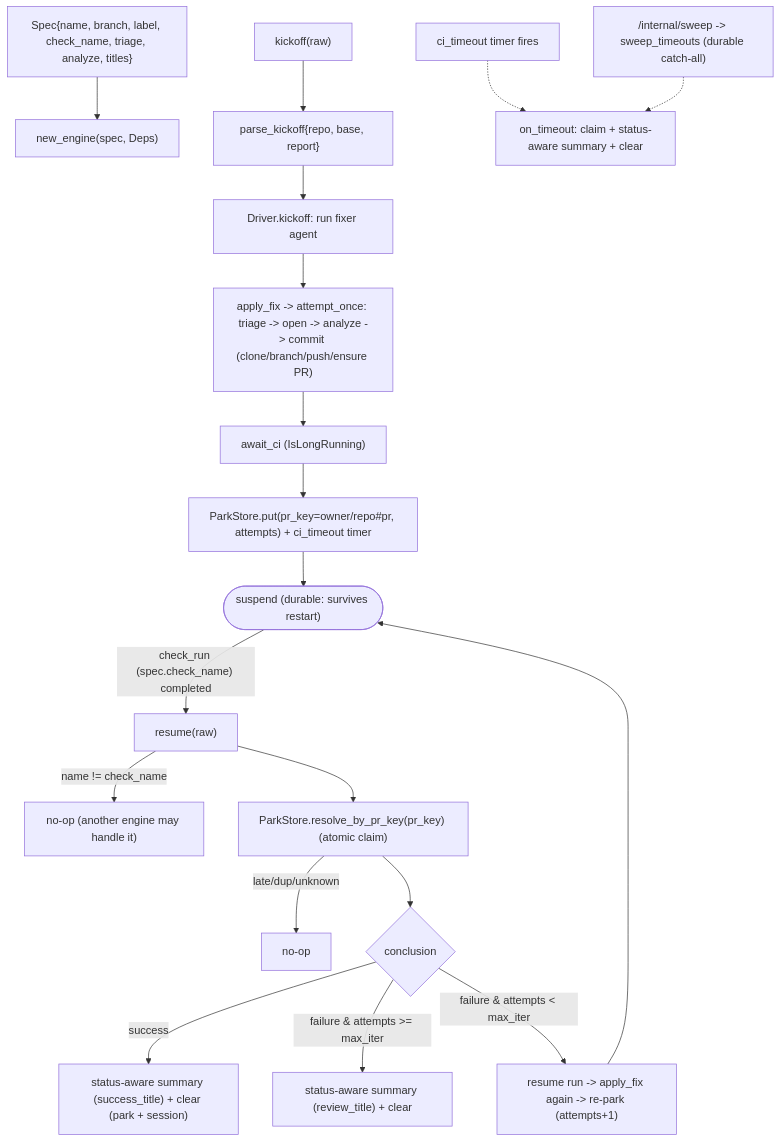
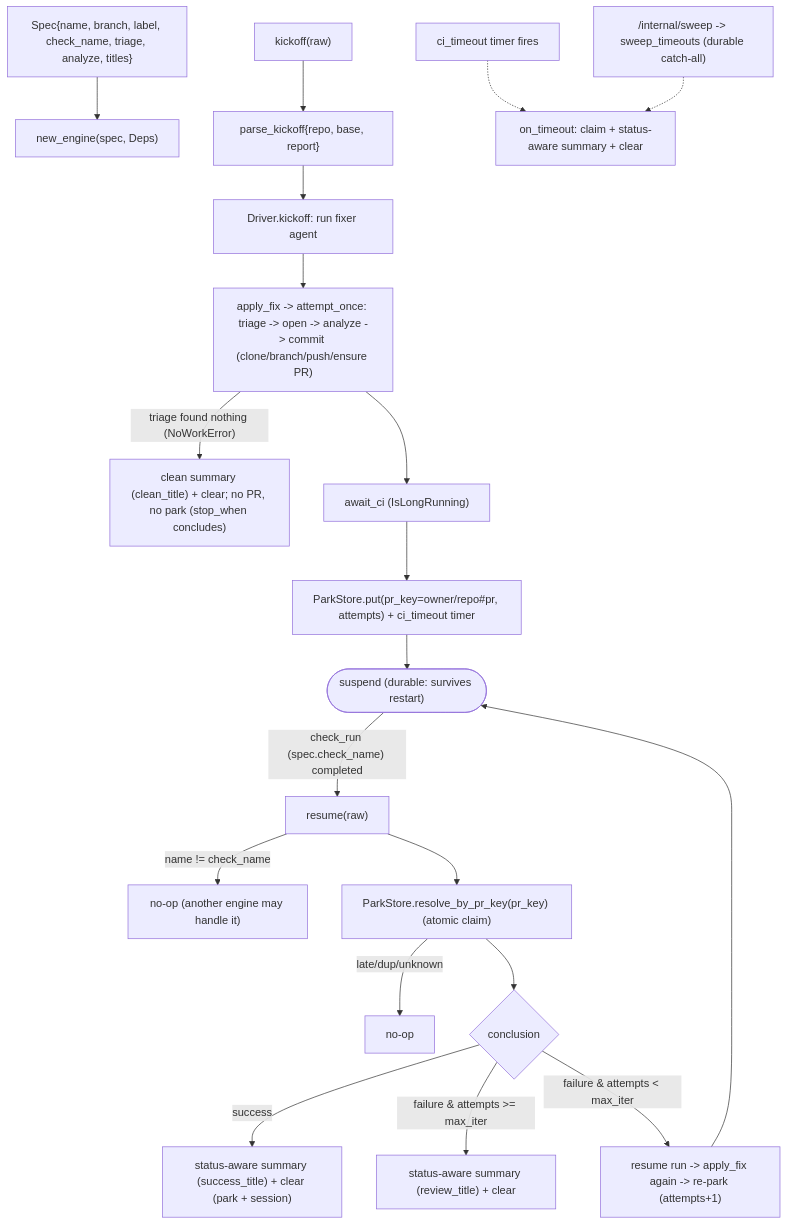
One commit to jkjamies/automation-agent changed the diagram in python/automation_agent/agent/fixflow/AGENTS.md. Above: the diagram before and after it, drawn with Mermaid. The commit also changed other lines of this file and 57 other files, not shown here.

First line of the commit message:
Report a clean ✅ outcome when triage finds nothing (four ports) (#12)

````diff
--- a/python/automation_agent/agent/fixflow/AGENTS.md
+++ b/python/automation_agent/agent/fixflow/AGENTS.md
@@ -31,22 +31,23 @@
 ```mermaid
 flowchart TD
     Spec["Spec{name, branch, label, check_name, triage, analyze, titles}"] --> E["new_engine(spec, Deps)"]
     K["kickoff(raw)"] --> KP["parse_kickoff{repo, base, report}"]
     KP --> DK["Driver.kickoff: run fixer agent"]
     DK --> AF["apply_fix -> attempt_once: triage -> open -> analyze -> commit (clone/branch/push/ensure PR)"]
+    AF -->|"triage found nothing (NoWorkError)"| CLN["clean summary (clean_title) + clear; no PR, no park (stop_when concludes)"]
     AF --> AW["await_ci (IsLongRunning)"]
     AW --> PK["ParkStore.put(pr_key=owner/repo#pr, attempts) + ci_timeout timer"]
     PK --> SUS(["suspend (durable: survives restart)"])
 
     SUS -->|"check_run (spec.check_name) completed"| R["resume(raw)"]
     R -->|"name != check_name"| NO["no-op (another engine may handle it)"]
     R --> RES["ParkStore.resolve_by_pr_key(pr_key) (atomic claim)"]
     RES -->|"late/dup/unknown"| NO2["no-op"]
     RES --> C{conclusion}
     C -->|success| OK["status-aware summary (success_title) + clear (park + session)"]
     C -->|failure & attempts >= max_iter| HRV["status-aware summary (review_title) + clear"]
     C -->|failure & attempts < max_iter| RT["resume run -> apply_fix again -> re-park (attempts+1)"]
     RT --> SUS
     TO["ci_timeout timer fires"] -.-> TON["on_timeout: claim + status-aware summary + clear"]
     SW["/internal/sweep -> sweep_timeouts (durable catch-all)"] -.-> TON
 ```
````
